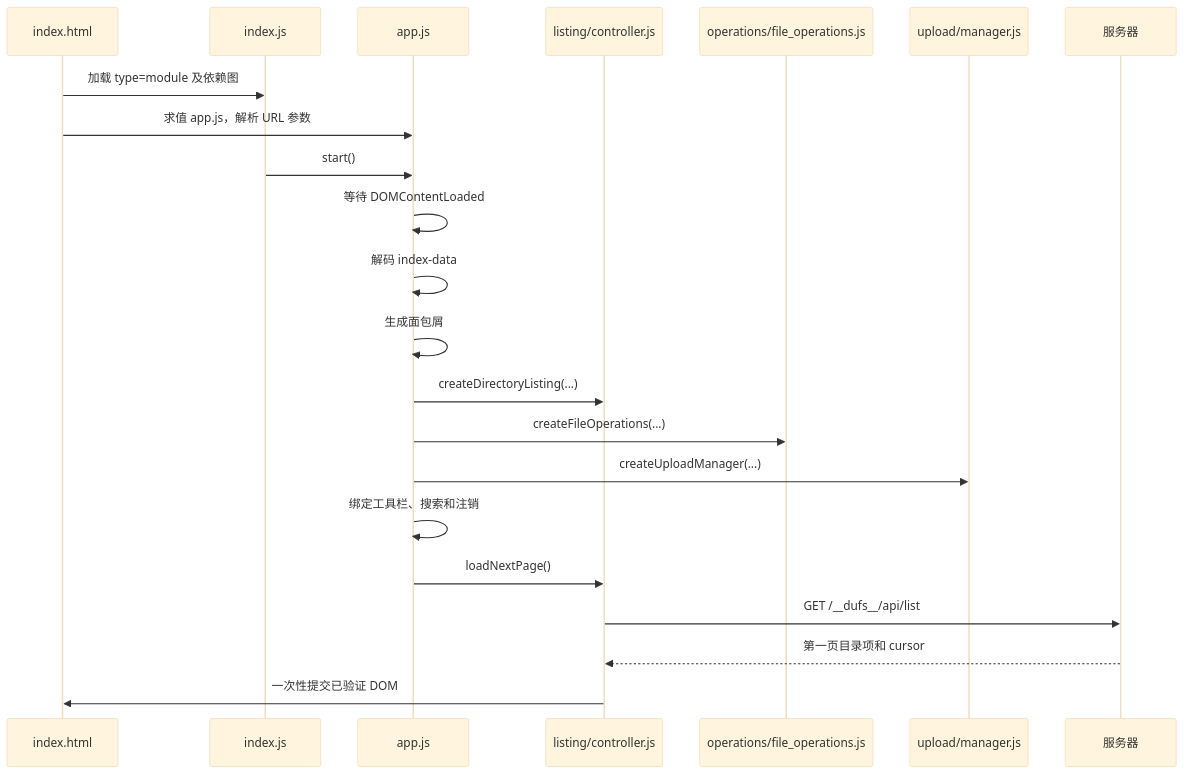
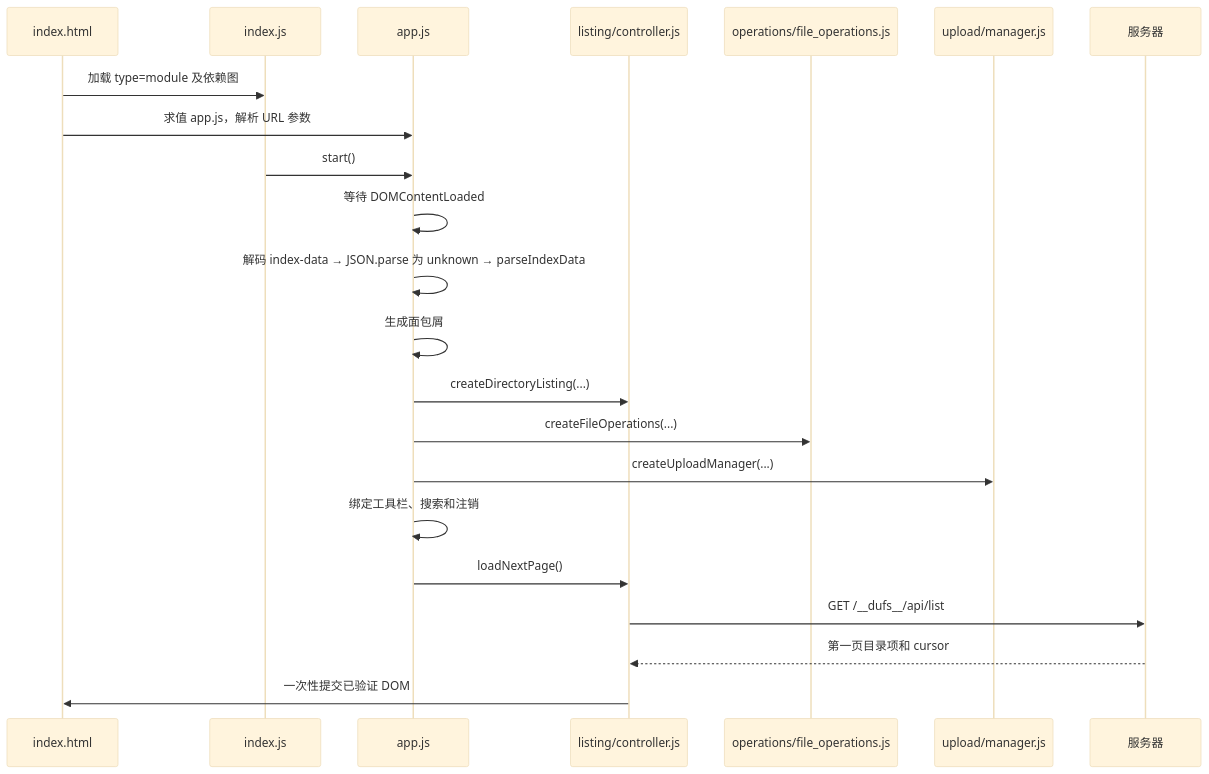
The second of 6 diagrams in docs/beginner-guide/06-frontend-guide.md (isarmg/dufs-ram), drawn with Mermaid (base theme) before and after one commit. The commit also changed other lines of this file and 14 other files, not shown here.

````diff
--- a/docs/beginner-guide/06-frontend-guide.md
+++ b/docs/beginner-guide/06-frontend-guide.md
@@ -170,24 +170,24 @@
 ```mermaid
 sequenceDiagram
     participant H as index.html
     participant E as index.js
     participant A as app.js
     participant L as listing/controller.js
     participant O as operations/file_operations.js
     participant U as upload/manager.js
     participant S as 服务器
     H->>E: 加载 type=module 及依赖图
     H->>A: 求值 app.js，解析 URL 参数
     E->>A: start()
     A->>A: 等待 DOMContentLoaded
-    A->>A: 解码 index-data
+    A->>A: 解码 index-data → JSON.parse 为 unknown → parseIndexData
     A->>A: 生成面包屑
     A->>L: createDirectoryListing(...)
     A->>O: createFileOperations(...)
     A->>U: createUploadManager(...)
     A->>A: 绑定工具栏、搜索和注销
     A->>L: loadNextPage()
     L->>S: GET /__dufs__/api/list
     S-->>L: 第一页目录项和 cursor
     L->>H: 一次性提交已验证 DOM
 ```
````
